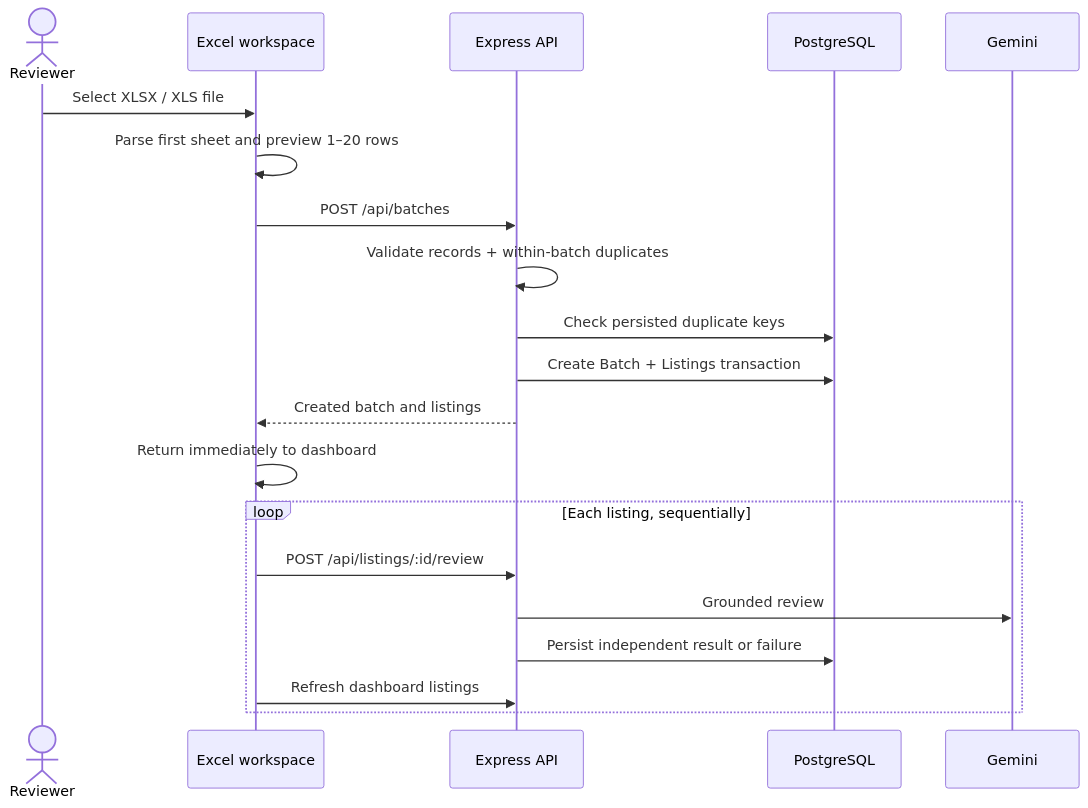
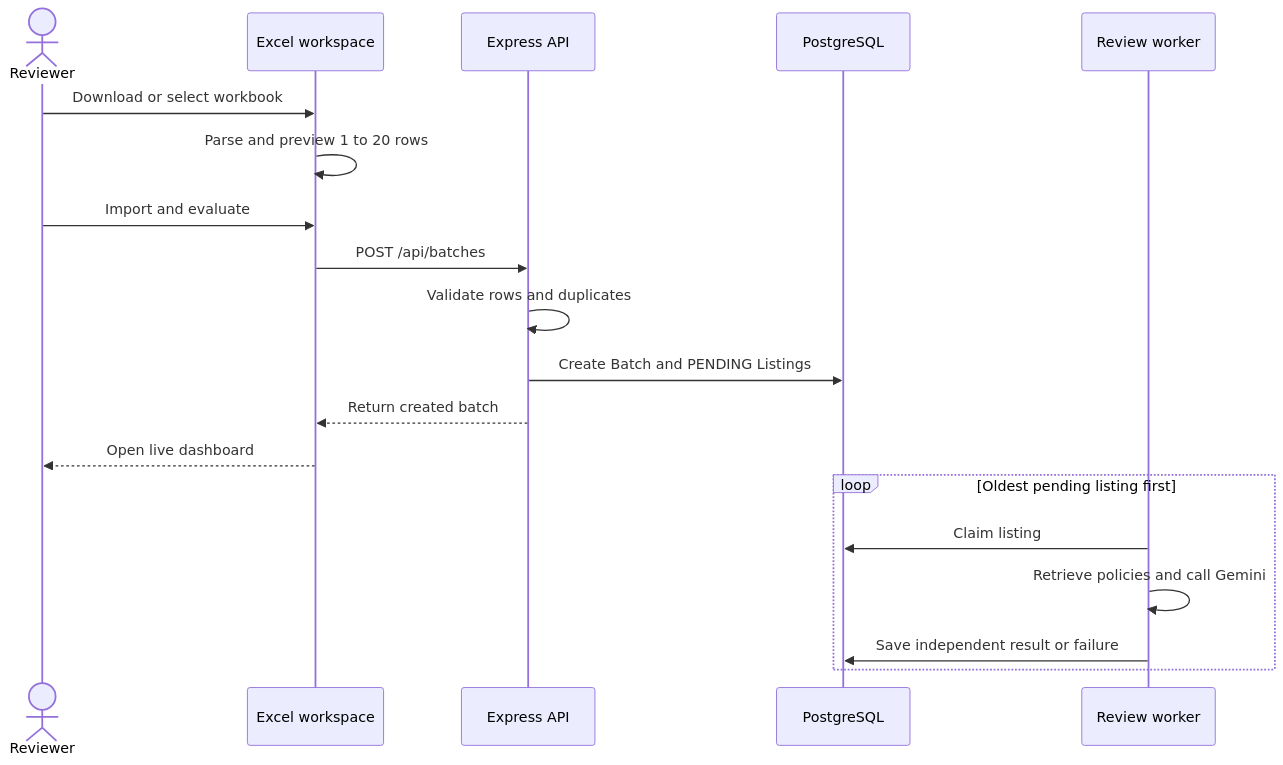
The third of 7 diagrams in README.md (ashwani-raj1/Aggroso), drawn with Mermaid before and after one commit. The commit also changed other lines of this file and 6 other files, not shown here.

Commit message:
docs: finalize workflows diagrams and screenshots

````diff
--- a/README.md
+++ b/README.md
@@ -182,22 +183,21 @@
 ```mermaid
 sequenceDiagram
     actor Reviewer
     participant UI as Excel workspace
     participant API as Express API
     participant DB as PostgreSQL
-    participant AI as Gemini
-    Reviewer->>UI: Select XLSX / XLS file
-    UI->>UI: Parse first sheet and preview 1–20 rows
+    participant Worker as Review worker
+    Reviewer->>UI: Download or select workbook
+    UI->>UI: Parse and preview 1 to 20 rows
+    Reviewer->>UI: Import and evaluate
     UI->>API: POST /api/batches
-    API->>API: Validate records + within-batch duplicates
-    API->>DB: Check persisted duplicate keys
-    API->>DB: Create Batch + Listings transaction
-    API-->>UI: Created batch and listings
-    UI->>UI: Return immediately to dashboard
-    loop Each listing, sequentially
-        UI->>API: POST /api/listings/:id/review
-        API->>AI: Grounded review
-        API->>DB: Persist independent result or failure
-        UI->>API: Refresh dashboard listings
+    API->>API: Validate rows and duplicates
+    API->>DB: Create Batch and PENDING Listings
+    API-->>UI: Return created batch
+    UI-->>Reviewer: Open live dashboard
+    loop Oldest pending listing first
+        Worker->>DB: Claim listing
+        Worker->>Worker: Retrieve policies and call Gemini
+        Worker->>DB: Save independent result or failure
     end
 ```
````
